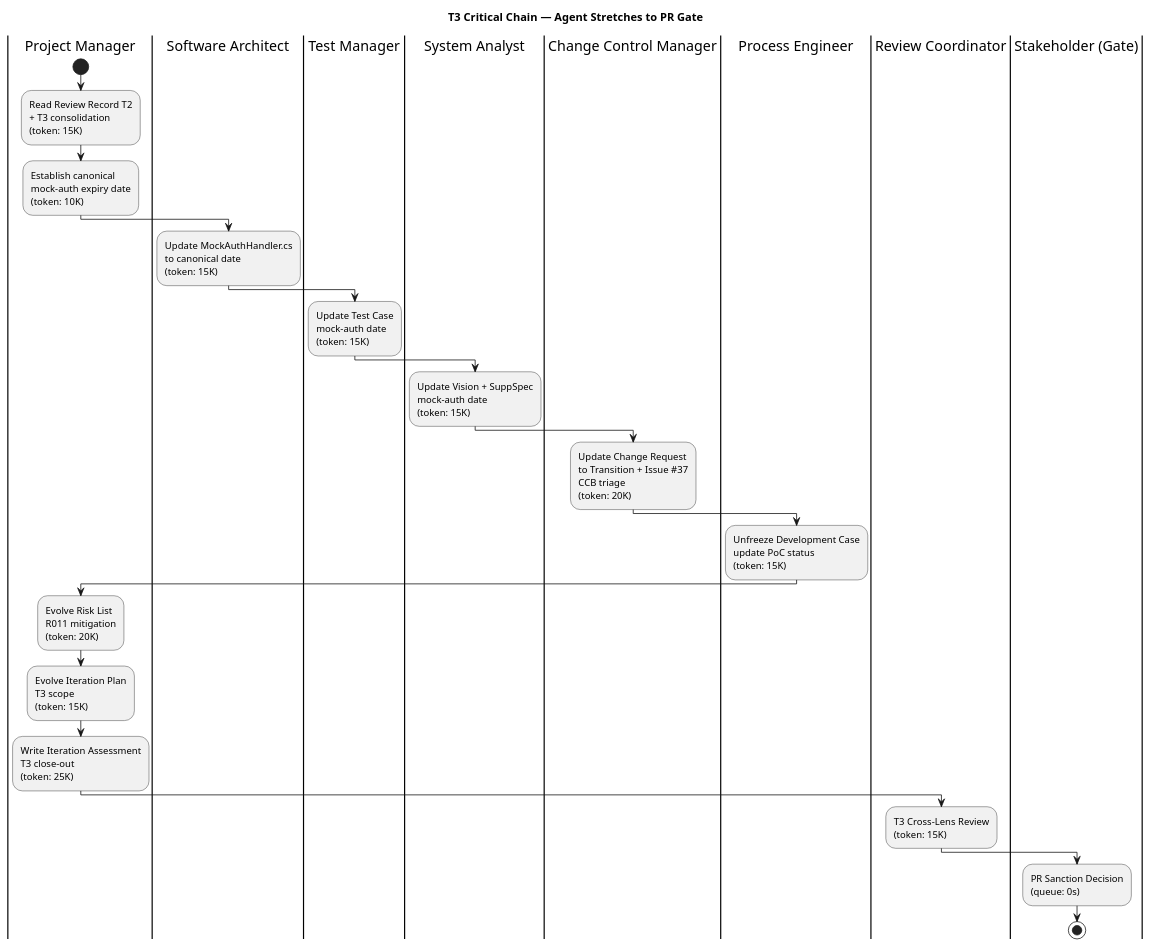
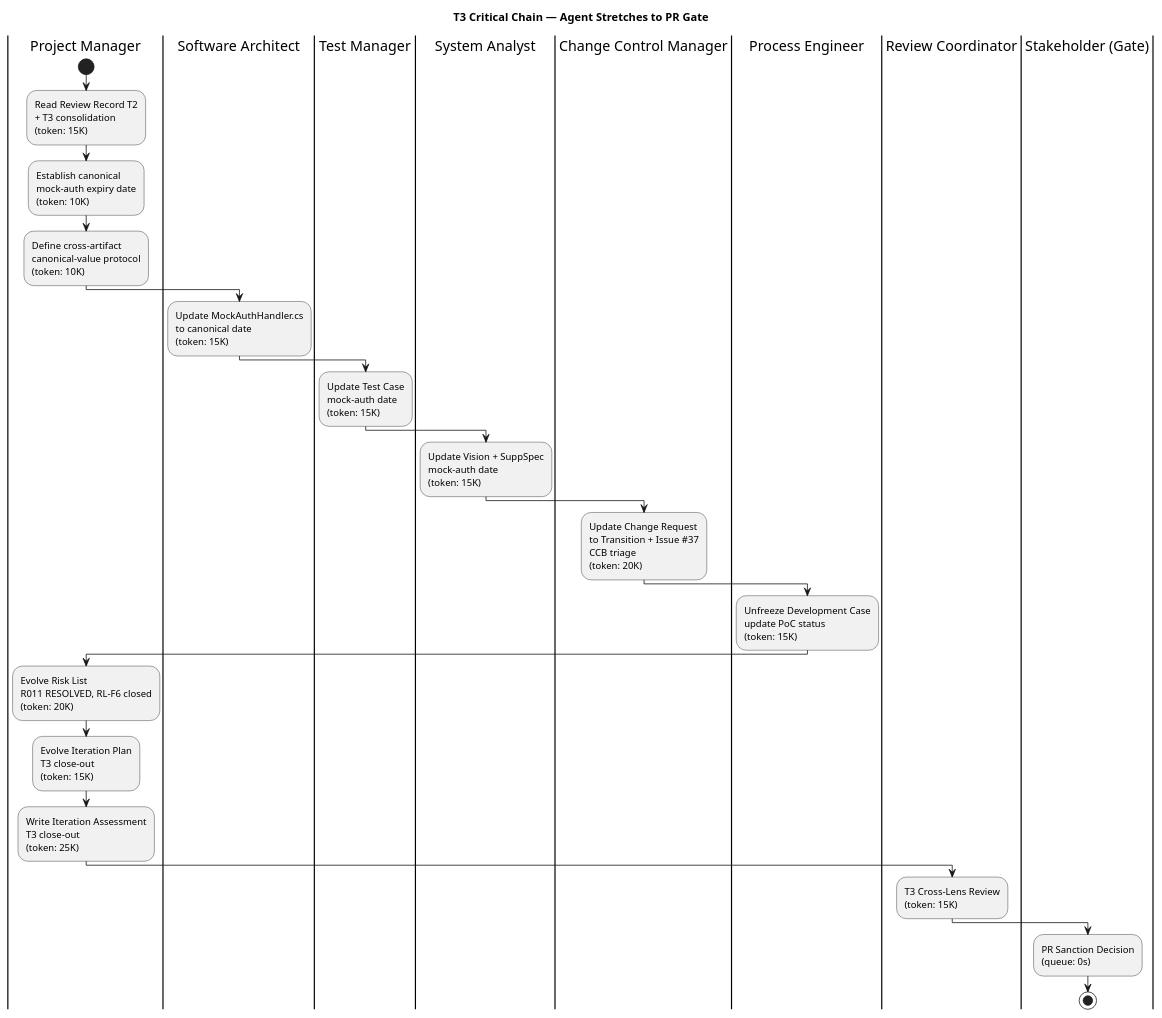
Before and after one commit to banense-test/portal-cuba-corp: the second of 2 diagrams in docs/artifacts/project-management/iteration-plan.md, drawn with PlantUML. The commit also changed other lines of this file, not shown here.

First line of the commit message:
Project Manager [T3]: upsert Iteration Plan

````diff
--- a/docs/artifacts/project-management/iteration-plan.md
+++ b/docs/artifacts/project-management/iteration-plan.md
@@ -74,38 +74,39 @@
 ```plantuml
 @startuml
 title T3 Critical Chain — Agent Stretches to PR Gate
 
 |Project Manager|
 start
 :Read Review Record T2\n+ T3 consolidation\n(token: 15K);
 :Establish canonical\nmock-auth expiry date\n(token: 10K);
+:Define cross-artifact\ncanonical-value protocol\n(token: 10K);
 
 |Software Architect|
 :Update MockAuthHandler.cs\nto canonical date\n(token: 15K);
 
 |Test Manager|
 :Update Test Case\nmock-auth date\n(token: 15K);
 
 |System Analyst|
 :Update Vision + SuppSpec\nmock-auth date\n(token: 15K);
 
 |Change Control Manager|
 :Update Change Request\nto Transition + Issue #37\nCCB triage\n(token: 20K);
 
 |Process Engineer|
 :Unfreeze Development Case\nupdate PoC status\n(token: 15K);
 
 |Project Manager|
-:Evolve Risk List\nR011 mitigation\n(token: 20K);
-:Evolve Iteration Plan\nT3 scope\n(token: 15K);
+:Evolve Risk List\nR011 RESOLVED, RL-F6 closed\n(token: 20K);
+:Evolve Iteration Plan\nT3 close-out\n(token: 15K);
 :Write Iteration Assessment\nT3 close-out\n(token: 25K);
 
 |Review Coordinator|
 :T3 Cross-Lens Review\n(token: 15K);
 
 |Stakeholder (Gate)|
 :PR Sanction Decision\n(queue: 0s);
 stop
 
 @enduml
 ```
````
